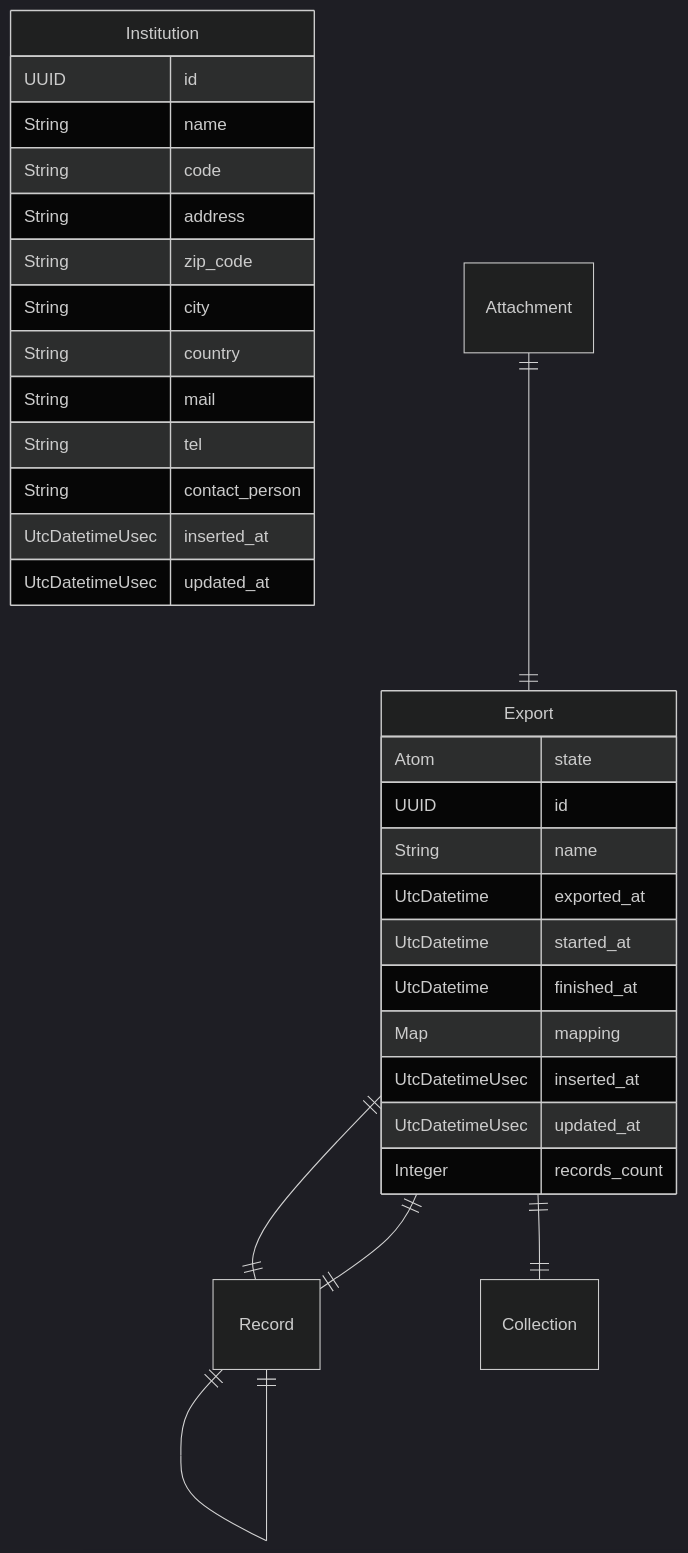
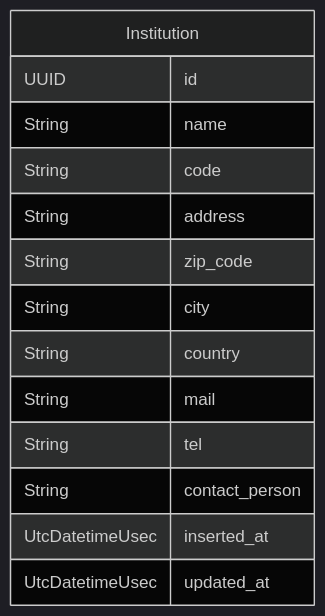
Before and after one commit to zebbra/data_aggregator: the second of 10 diagrams in docs/api.md, drawn with Mermaid (dark theme). The commit also changed other lines of this file and 21 other files, not shown here.

Commit message:
refactoring: moving export resources to records registry; docs generation

````diff
--- a/docs/api.md
+++ b/docs/api.md
@@ -73,38 +31,17 @@
 ```mermaid
 erDiagram
     Institution {
         UUID id
         String name
         String code
         String address
         String zip_code
         String city
         String country
         String mail
         String tel
         String contact_person
         UtcDatetimeUsec inserted_at
         UtcDatetimeUsec updated_at
     }
-    Export {
-        Atom state
-        UUID id
-        String name
-        UtcDatetime exported_at
-        UtcDatetime started_at
-        UtcDatetime finished_at
-        Map mapping
-        UtcDatetimeUsec inserted_at
-        UtcDatetimeUsec updated_at
-        Integer records_count
-    }
-    Record {
-
-    }
-
-    Attachment ||--|| Export : ""
-    Export ||--|| Record : ""
-    Export ||--|| Collection : ""
-    Export ||--|| Record : ""
-    Record ||--|| Record : ""
 ```
````
